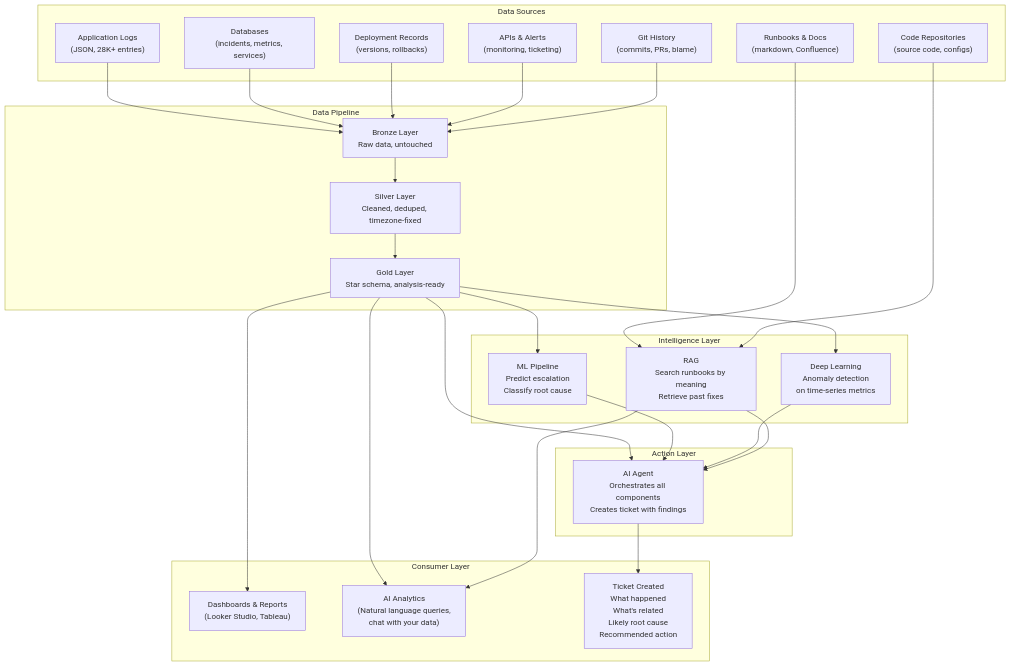
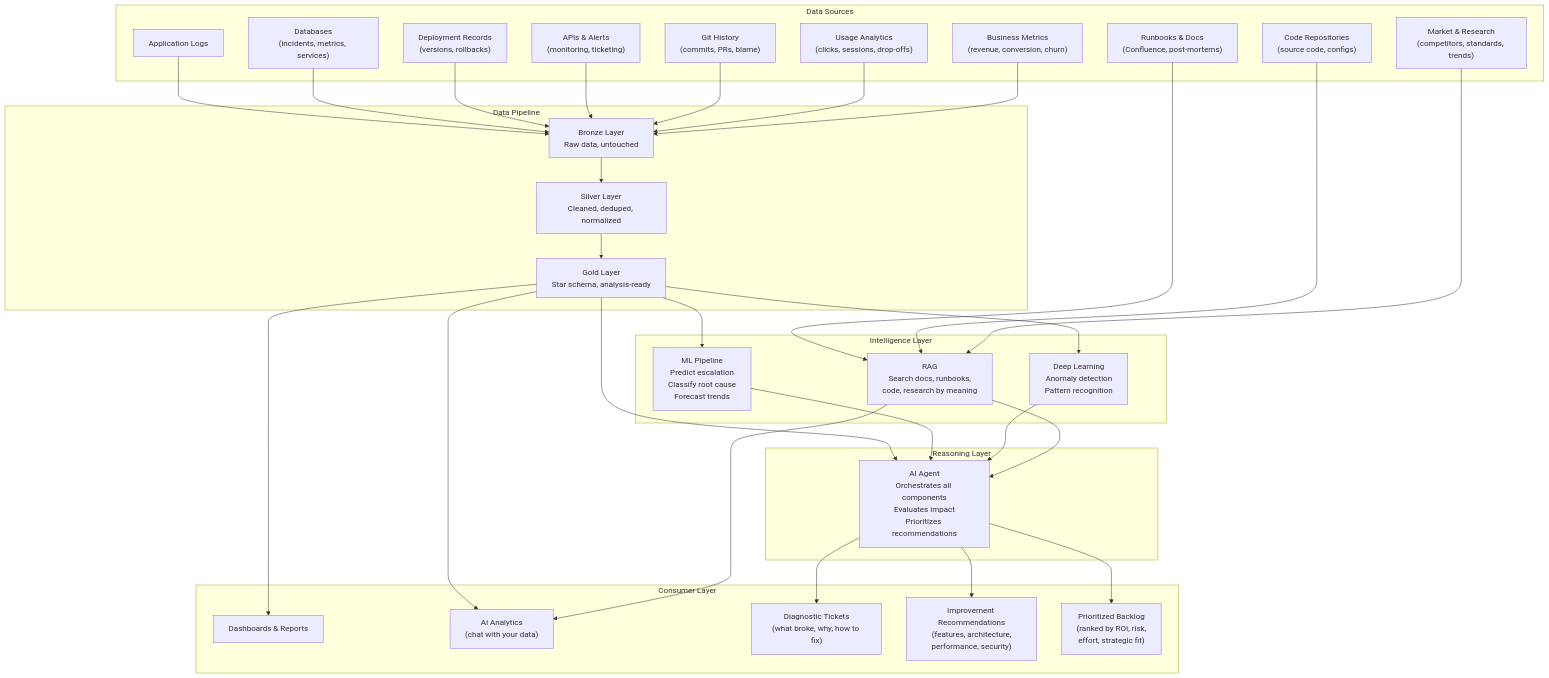
The first of 5 diagrams in systems/production-diagnostics/architecture.md (sunilmogadati/systems-in-production), drawn with Mermaid before and after one commit. The commit also changed other lines of this file and 1 other file, not shown here.

First line of the commit message:
Evolve architecture from Production Diagnostics to Continuous System Intelligence (CSI)

````diff
--- a/systems/production-diagnostics/architecture.md
+++ b/systems/production-diagnostics/architecture.md
@@ -11,58 +27,68 @@
 ```mermaid
 graph TD
-    subgraph Data Sources
-        LOGS["Application Logs<br/>(JSON, 28K+ entries)"]
+    subgraph "Data Sources"
+        LOGS["Application Logs"]
         DB["Databases<br/>(incidents, metrics, services)"]
         DEPLOY["Deployment Records<br/>(versions, rollbacks)"]
-        DOCS["Runbooks & Docs<br/>(markdown, Confluence)"]
+        DOCS["Runbooks & Docs<br/>(Confluence, post-mortems)"]
         API["APIs & Alerts<br/>(monitoring, ticketing)"]
         CODE["Code Repositories<br/>(source code, configs)"]
         GIT["Git History<br/>(commits, PRs, blame)"]
+        USAGE["Usage Analytics<br/>(clicks, sessions, drop-offs)"]
+        BIZ["Business Metrics<br/>(revenue, conversion, churn)"]
+        MARKET["Market & Research<br/>(competitors, standards, trends)"]
     end
 
-    subgraph Data Pipeline
+    subgraph "Data Pipeline"
         BRONZE["Bronze Layer<br/>Raw data, untouched"]
-        SILVER["Silver Layer<br/>Cleaned, deduped, timezone-fixed"]
+        SILVER["Silver Layer<br/>Cleaned, deduped, normalized"]
         GOLD["Gold Layer<br/>Star schema, analysis-ready"]
     end
 
-    subgraph Intelligence Layer
-        ML["ML Pipeline<br/>Predict escalation<br/>Classify root cause"]
-        DL["Deep Learning<br/>Anomaly detection<br/>on time-series metrics"]
-        RAG["RAG<br/>Search runbooks by meaning<br/>Retrieve past fixes"]
+    subgraph "Intelligence Layer"
+        ML["ML Pipeline<br/>Predict escalation<br/>Classify root cause<br/>Forecast trends"]
+        DL["Deep Learning<br/>Anomaly detection<br/>Pattern recognition"]
+        RAG["RAG<br/>Search docs, runbooks,<br/>code, research by meaning"]
     end
 
-    subgraph Action Layer
-        AGENT["AI Agent<br/>Orchestrates all components<br/>Creates ticket with findings"]
+    subgraph "Reasoning Layer"
+        AGENT["AI Agent<br/>Orchestrates all components<br/>Evaluates impact<br/>Prioritizes recommendations"]
     end
 
-    subgraph Consumer Layer
-        DASH["Dashboards & Reports<br/>(Looker Studio, Tableau)"]
-        AIANA["AI Analytics<br/>(Natural language queries,<br/>chat with your data)"]
-        TICKET["Ticket Created<br/>What happened<br/>What's related<br/>Likely root cause<br/>Recommended action"]
+    subgraph "Consumer Layer"
+        DASH["Dashboards & Reports"]
+        AIANA["AI Analytics<br/>(chat with your data)"]
+        TICKET["Diagnostic Tickets<br/>(what broke, why, how to fix)"]
+        RECOMMEND["Improvement Recommendations<br/>(features, architecture,<br/>performance, security)"]
+        BACKLOG["Prioritized Backlog<br/>(ranked by ROI, risk,<br/>effort, strategic fit)"]
     end
 
     LOGS --> BRONZE
     DB --> BRONZE
     DEPLOY --> BRONZE
     DOCS --> RAG
     API --> BRONZE
     CODE --> RAG
     GIT --> BRONZE
+    USAGE --> BRONZE
+    BIZ --> BRONZE
+    MARKET --> RAG
 
     BRONZE --> SILVER
     SILVER --> GOLD
 
     GOLD --> ML
     GOLD --> DL
     GOLD --> AGENT
     GOLD --> DASH
     GOLD --> AIANA
 
     ML --> AGENT
     DL --> AGENT
     RAG --> AGENT
     RAG --> AIANA
 
     AGENT --> TICKET
+    AGENT --> RECOMMEND
+    AGENT --> BACKLOG
 ```
````
